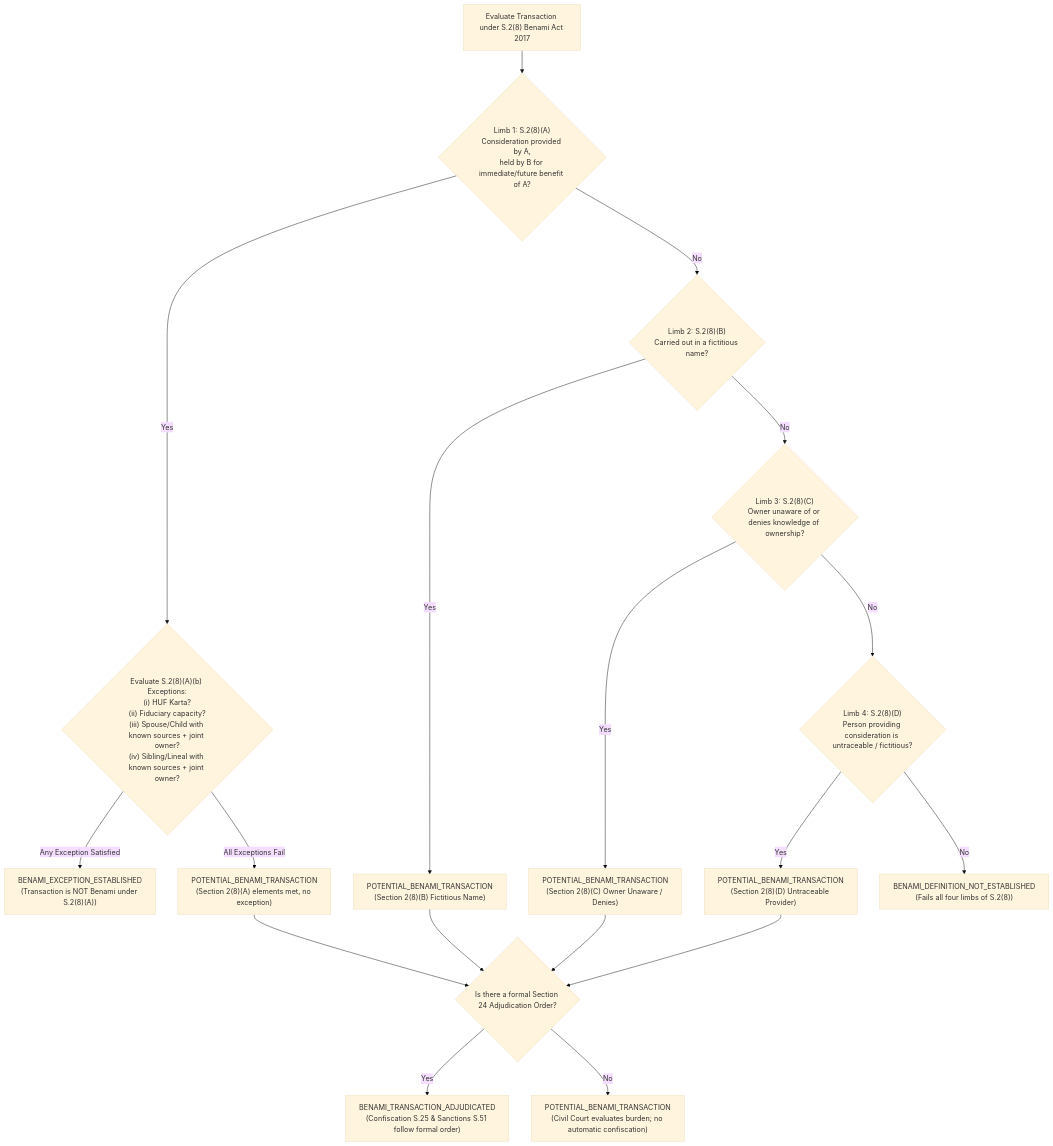
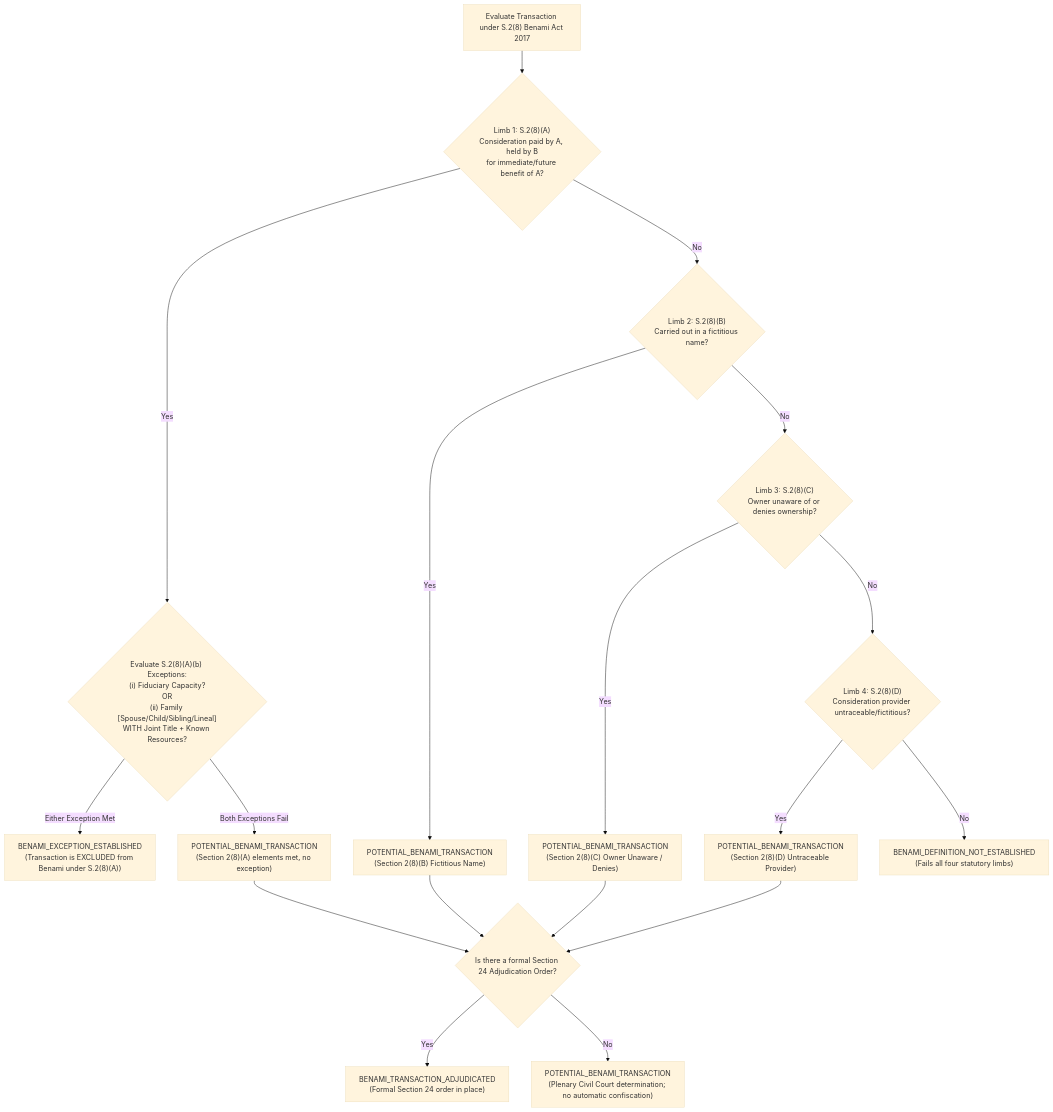
The diagram in PHASE4_STEP5_IMPLEMENTATION_PLAN.md (abdulkabeerkhan-dev/lawyer-Backend), drawn with Mermaid (base theme) before and after one commit. The commit also changed other lines of this file, not shown here.

Commit message:
docs(plan): upgrade implementation plan to v1.7.2 resolving Benami exceptions, Art 212 search, Art 189 co-equal conflict, benchmark target demarcation, and 10 engineering conditions

````diff
--- a/PHASE4_STEP5_IMPLEMENTATION_PLAN.md
+++ b/PHASE4_STEP5_IMPLEMENTATION_PLAN.md
@@ -137,27 +169,27 @@
 ```mermaid
 flowchart TD
-    Start["Evaluate Transaction under S.2(8) Benami Act 2017"] --> LimbA{"Limb 1: S.2(8)(A)<br/>Consideration provided by A,<br/>held by B for immediate/future benefit of A?"}
+    Start["Evaluate Transaction under S.2(8) Benami Act 2017"] --> LimbA{"Limb 1: S.2(8)(A)<br/>Consideration paid by A, held by B<br/>for immediate/future benefit of A?"}
     
-    LimbA -- Yes --> Exceptions{"Evaluate S.2(8)(A)(b) Exceptions:<br/>(i) HUF Karta?<br/>(ii) Fiduciary capacity?<br/>(iii) Spouse/Child with known sources + joint owner?<br/>(iv) Sibling/Lineal with known sources + joint owner?"}
+    LimbA -- Yes --> ExCheck{"Evaluate S.2(8)(A)(b) Exceptions:<br/>(i) Fiduciary Capacity?<br/>OR<br/>(ii) Family [Spouse/Child/Sibling/Lineal]<br/>WITH Joint Title + Known Resources?"}
     LimbA -- No --> LimbB{"Limb 2: S.2(8)(B)<br/>Carried out in a fictitious name?"}
     
-    Exceptions -- Any Exception Satisfied --> ExcEst["BENAMI_EXCEPTION_ESTABLISHED<br/>(Transaction is NOT Benami under S.2(8)(A))"]
-    Exceptions -- All Exceptions Fail --> PotBenA["POTENTIAL_BENAMI_TRANSACTION<br/>(Section 2(8)(A) elements met, no exception)"]
+    ExCheck -- Either Exception Met --> ExcEst["BENAMI_EXCEPTION_ESTABLISHED<br/>(Transaction is EXCLUDED from Benami under S.2(8)(A))"]
+    ExCheck -- Both Exceptions Fail --> PotBenA["POTENTIAL_BENAMI_TRANSACTION<br/>(Section 2(8)(A) elements met, no exception)"]
     
     LimbB -- Yes --> PotBenB["POTENTIAL_BENAMI_TRANSACTION<br/>(Section 2(8)(B) Fictitious Name)"]
-    LimbB -- No --> LimbC{"Limb 3: S.2(8)(C)<br/>Owner unaware of or denies knowledge of ownership?"}
+    LimbB -- No --> LimbC{"Limb 3: S.2(8)(C)<br/>Owner unaware of or denies ownership?"}
     
     LimbC -- Yes --> PotBenC["POTENTIAL_BENAMI_TRANSACTION<br/>(Section 2(8)(C) Owner Unaware / Denies)"]
-    LimbC -- No --> LimbD{"Limb 4: S.2(8)(D)<br/>Person providing consideration is untraceable / fictitious?"}
+    LimbC -- No --> LimbD{"Limb 4: S.2(8)(D)<br/>Consideration provider untraceable/fictitious?"}
     
     LimbD -- Yes --> PotBenD["POTENTIAL_BENAMI_TRANSACTION<br/>(Section 2(8)(D) Untraceable Provider)"]
-    LimbD -- No --> NotEst["BENAMI_DEFINITION_NOT_ESTABLISHED<br/>(Fails all four limbs of S.2(8))"]
+    LimbD -- No --> NotEst["BENAMI_DEFINITION_NOT_ESTABLISHED<br/>(Fails all four statutory limbs)"]
     
-    PotBenA --> Adjudicated{"Is there a formal Section 24 Adjudication Order?"}
-    PotBenB --> Adjudicated
-    PotBenC --> Adjudicated
-    PotBenD --> Adjudicated
+    PotBenA --> S24Order{"Is there a formal Section 24 Adjudication Order?"}
+    PotBenB --> S24Order
+    PotBenC --> S24Order
+    PotBenD --> S24Order
     
-    Adjudicated -- Yes --> BenAdj["BENAMI_TRANSACTION_ADJUDICATED<br/>(Confiscation S.25 & Sanctions S.51 follow formal order)"]
-    Adjudicated -- No --> RetPot["POTENTIAL_BENAMI_TRANSACTION<br/>(Civil Court evaluates burden; no automatic confiscation)"]
+    S24Order -- Yes --> BenAdj["BENAMI_TRANSACTION_ADJUDICATED<br/>(Formal Section 24 order in place)"]
+    S24Order -- No --> RetPot["POTENTIAL_BENAMI_TRANSACTION<br/>(Plenary Civil Court determination; no automatic confiscation)"]
 ```
````
